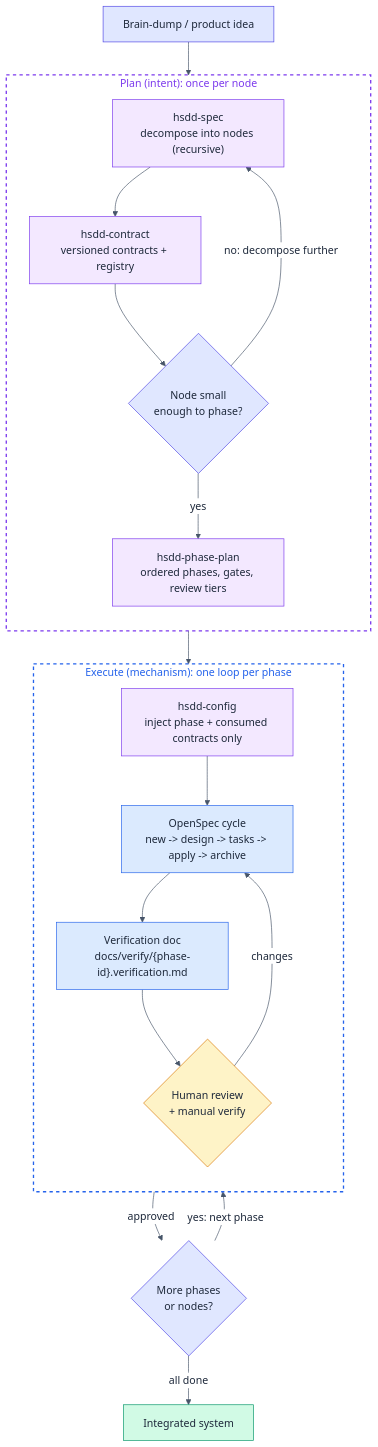
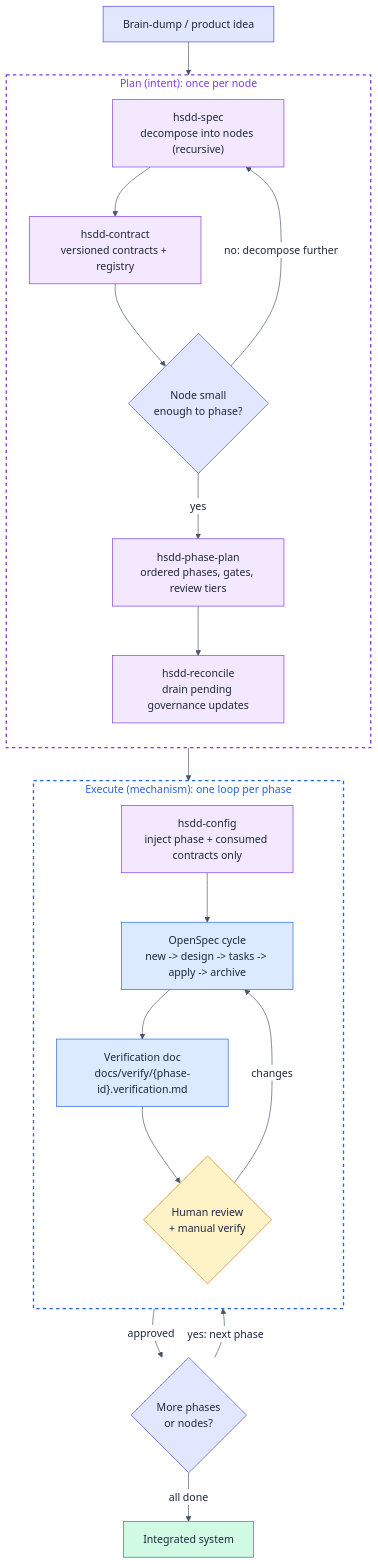
One commit to mpurbo/hsdd changed the second of 3 diagrams in docs/users-guide.md. Above: the diagram before and after it, drawn with Mermaid. The commit also changed other lines of this file, not shown here.

Commit message:
docs: reconcile step in guide loop, diagram, and worked examples

````diff
--- a/docs/users-guide.md
+++ b/docs/users-guide.md
@@ -89,50 +90,53 @@
 ```mermaid
 %%{init:{'theme':'base','themeVariables':{'primaryTextColor':'#1e293b','lineColor':'#475569','edgeLabelBackground':'#ffffff','tertiaryTextColor':'#1e293b'}}}%%
 flowchart TD
     bd["Brain-dump / product idea"]
 
     subgraph plan ["Plan (intent): once per node"]
         direction TB
         decompose["hsdd-spec<br/>decompose into nodes (recursive)"]
         contracts["hsdd-contract<br/>versioned contracts + registry"]
         leaf{"Node small<br/>enough to phase?"}
         phaseplan["hsdd-phase-plan<br/>ordered phases, gates, review tiers"]
+        reconcile["hsdd-reconcile<br/>drain pending governance updates"]
         decompose --> contracts --> leaf
         leaf -- "no: decompose further" --> decompose
         leaf -- yes --> phaseplan
+        phaseplan --> reconcile
     end
 
     subgraph exec ["Execute (mechanism): one loop per phase"]
         direction TB
         config["hsdd-config<br/>inject phase + consumed contracts only"]
         cycle["OpenSpec cycle<br/>new -> design -> tasks -> apply -> archive"]
         verify["Verification doc<br/>docs/verify/{phase-id}.verification.md"]
         gate{"Human review<br/>+ manual verify"}
         config --> cycle --> verify --> gate
         gate -- changes --> cycle
     end
 
     more{"More phases<br/>or nodes?"}
     done["Integrated system"]
 
     bd --> decompose
-    phaseplan --> config
+    reconcile --> config
     gate -- approved --> more
     more -- "yes: next phase" --> config
     more -- all done --> done
 
     style plan fill:none,stroke:#7c3aed,stroke-dasharray: 5 5,stroke-width:2px,color:#7c3aed
     style exec fill:none,stroke:#2563eb,stroke-dasharray: 5 5,stroke-width:2px,color:#2563eb
 
     style bd fill:#e0e7ff,stroke:#4f46e5,color:#1e293b
     style decompose fill:#f3e8ff,stroke:#7c3aed,color:#1e293b
     style contracts fill:#f3e8ff,stroke:#7c3aed,color:#1e293b
     style leaf fill:#e0e7ff,stroke:#4f46e5,color:#1e293b
     style phaseplan fill:#f3e8ff,stroke:#7c3aed,color:#1e293b
+    style reconcile fill:#f3e8ff,stroke:#7c3aed,color:#1e293b
     style config fill:#f3e8ff,stroke:#7c3aed,color:#1e293b
     style cycle fill:#dbeafe,stroke:#2563eb,color:#1e293b
     style verify fill:#dbeafe,stroke:#2563eb,color:#1e293b
     style gate fill:#fef3c7,stroke:#d97706,color:#1e293b
     style more fill:#e0e7ff,stroke:#4f46e5,color:#1e293b
     style done fill:#d1fae5,stroke:#059669,color:#1e293b
 ```
````
